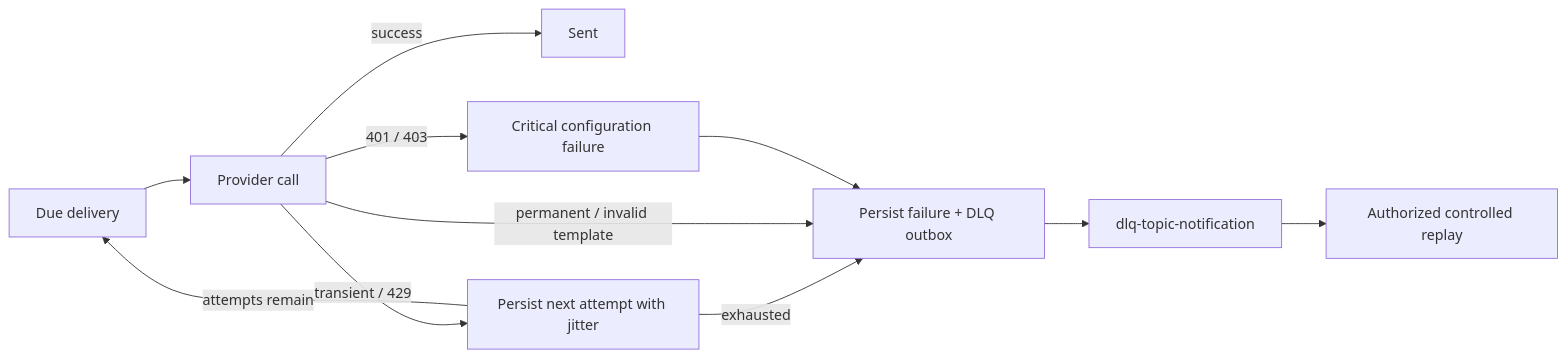
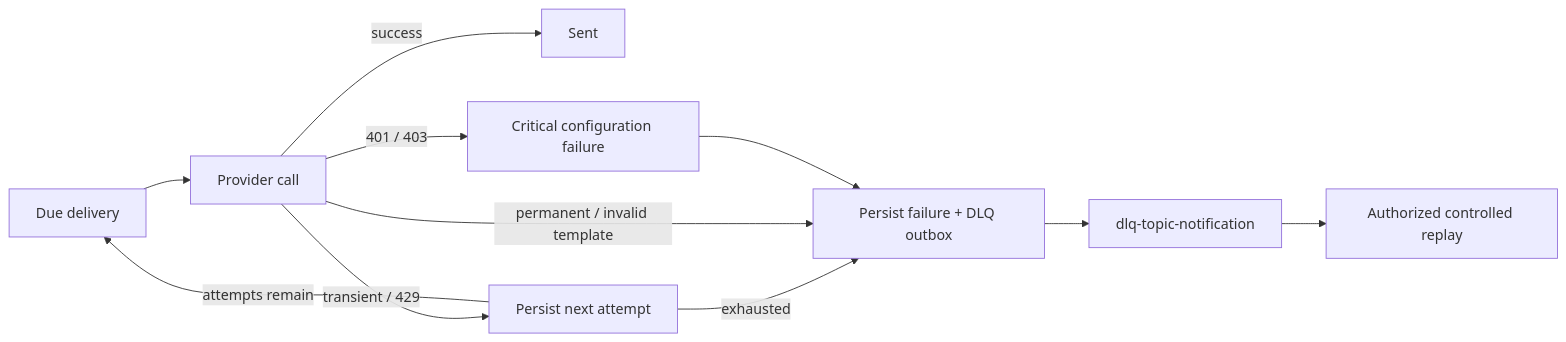
Before and after one commit to sergio-nhassengo/dotnet-notification-service: the second of 2 diagrams in README.md, drawn with Mermaid. The commit also changed other lines of this file and 197 other files, not shown here.

````diff
--- a/README.md
+++ b/README.md
@@ -34,13 +38,13 @@
 ```mermaid
 flowchart LR
     Due[Due delivery] --> Send[Provider call]
     Send -->|success| Sent[Sent]
-    Send -->|transient / 429| Retry[Persist next attempt with jitter]
+    Send -->|transient / 429| Retry[Persist next attempt]
     Retry -->|attempts remain| Due
     Retry -->|exhausted| Failed[Persist failure + DLQ outbox]
     Send -->|permanent / invalid template| Failed
     Send -->|401 / 403| Ops[Critical configuration failure]
     Ops --> Failed
     Failed --> DLQ[dlq-topic-notification]
     DLQ --> Replay[Authorized controlled replay]
 ```
````
